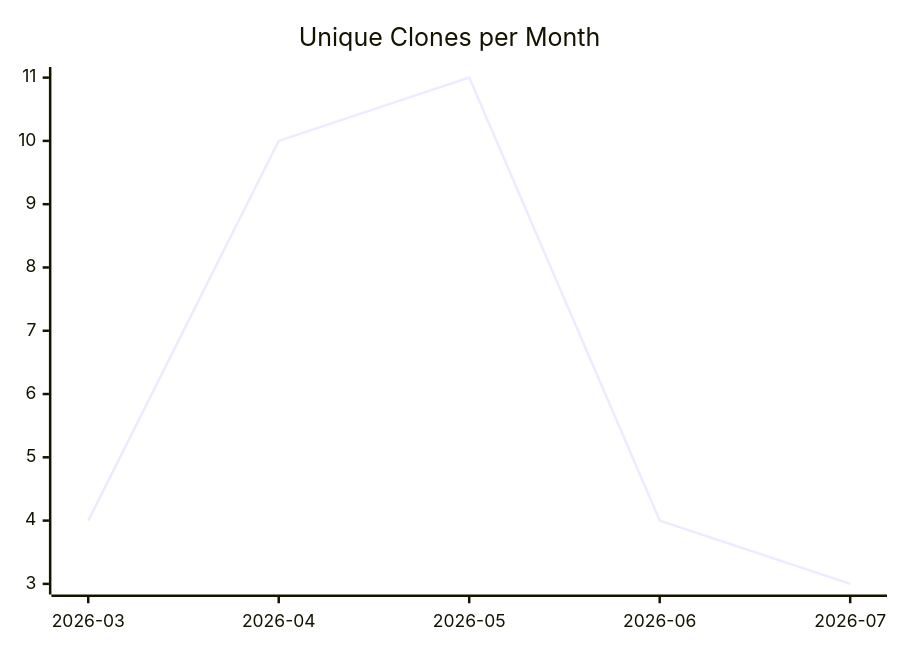
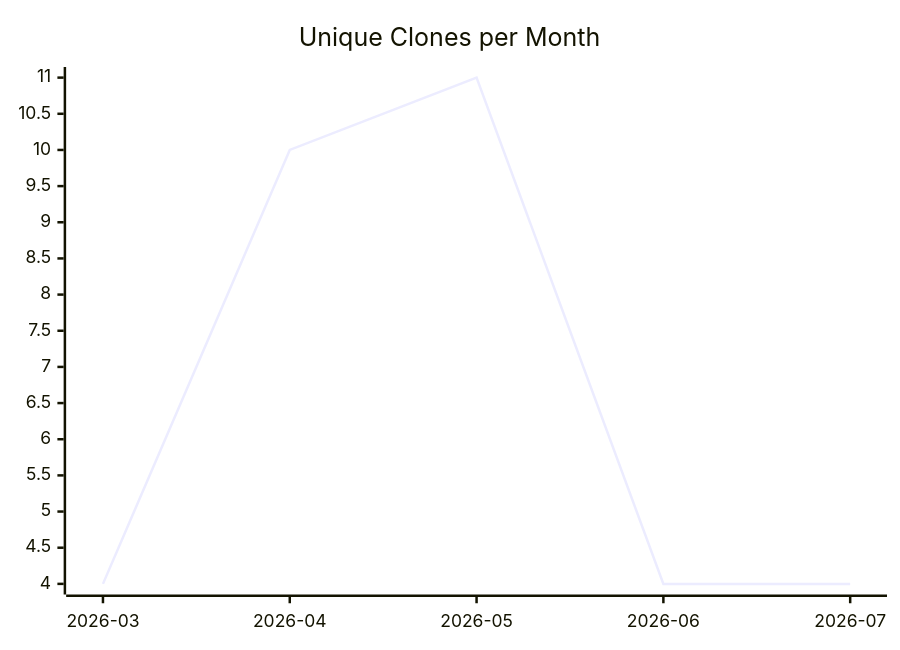
One commit to justdavis-family/github-analytics-data changed the third of 3 diagrams in karlmdavis/workstation-base-ansible-role/README.md. Above: the diagram before and after it, drawn with Mermaid. The commit also changed other lines of this file and 187 other files, not shown here.

````diff
--- a/karlmdavis/workstation-base-ansible-role/README.md
+++ b/karlmdavis/workstation-base-ansible-role/README.md
@@ -19,6 +19,6 @@
 ```mermaid
 xychart-beta
   title "Unique Clones per Month"
   x-axis ["2026-03", "2026-04", "2026-05", "2026-06", "2026-07"]
-  line [4, 10, 11, 4, 3]
+  line [4, 10, 11, 4, 4]
 ```
````
